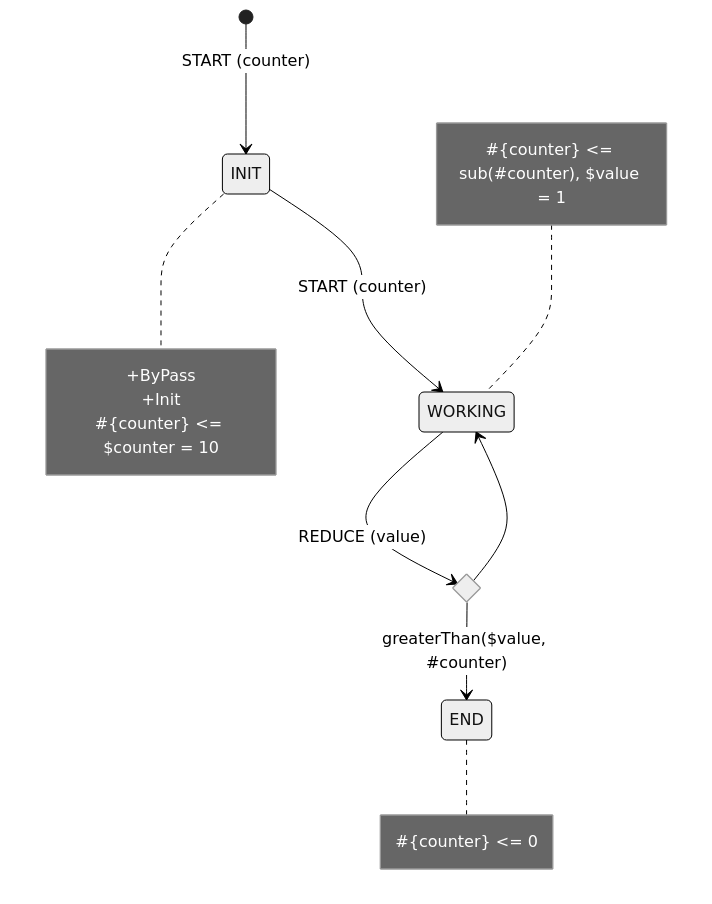
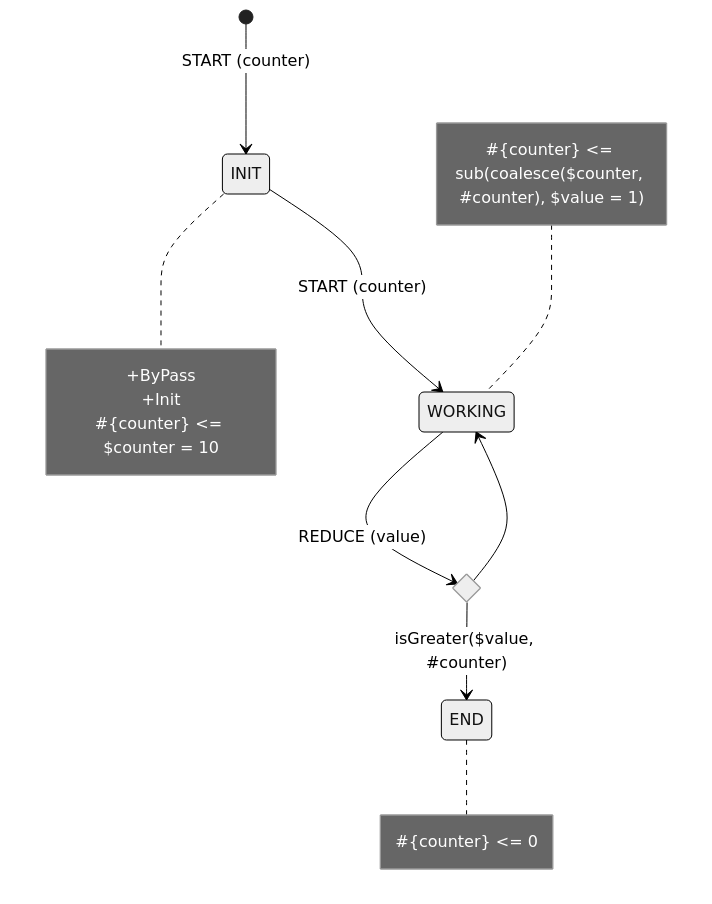
Before and after one commit to tfcp68/yantrix: the sixth of 6 diagrams in docs/syntax/100_data_objects.md, drawn with Mermaid (neutral theme). The commit also changed other lines of this file and 12 other files, not shown here.

````diff
--- a/docs/syntax/100_data_objects.md
+++ b/docs/syntax/100_data_objects.md
@@ -82,21 +124,21 @@
 ```mermaid
 stateDiagram-v2
     direction TB
     [*] --> INIT: START (counter)
     INIT --> WORKING: START (counter)
     state isFinished <<choice>>
     WORKING --> isFinished: REDUCE (value)
-    isFinished --> END: greaterThan($value, #counter)
+    isFinished --> END: isGreater($value, #counter)
     isFinished --> WORKING
     note right of INIT
         +ByPass
         +Init
         #{counter} <= $counter = 10
     end note
     note left of WORKING
-        #{counter} <= sub(#counter), $value = 1
+        #{counter} <= sub(coalesce($counter, #counter), $value = 1)
     end note
     note right of END
         #{counter} <= 0
     end note
 ```
````
